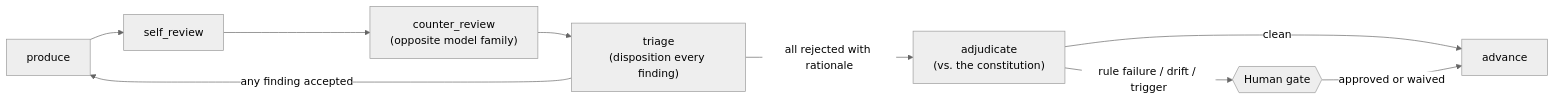
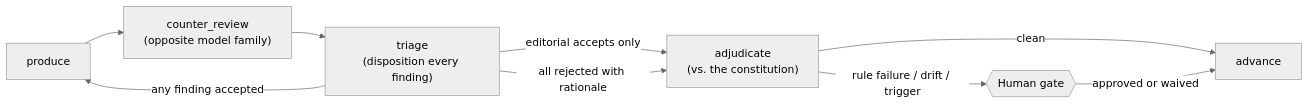
Before and after one commit to Aroton/ArchflowV2: the second of 2 diagrams in docs/OVERVIEW.md, drawn with Mermaid (neutral theme). The commit also changed other lines of this file and 172 other files, not shown here.

First line of the commit message:
Simplify the review loop: sub-agent self-review, editorial dispositions, staged requests

````diff
--- a/docs/OVERVIEW.md
+++ b/docs/OVERVIEW.md
@@ -49,11 +49,11 @@
 ```mermaid
 flowchart LR
-    P[produce] --> SR[self_review]
-    SR --> CR["counter_review<br/>(opposite model family)"]
+    P[produce] --> CR["counter_review<br/>(opposite model family)"]
     CR --> T["triage<br/>(disposition every finding)"]
     T -->|"any finding accepted"| P
+    T -->|"editorial accepts only"| A
     T -->|"all rejected with rationale"| A["adjudicate<br/>(vs. the constitution)"]
     A -->|"rule failure / drift / trigger"| G{{"Human gate"}}
     A -->|clean| Adv[advance]
     G -->|approved or waived| Adv
 ```
````
